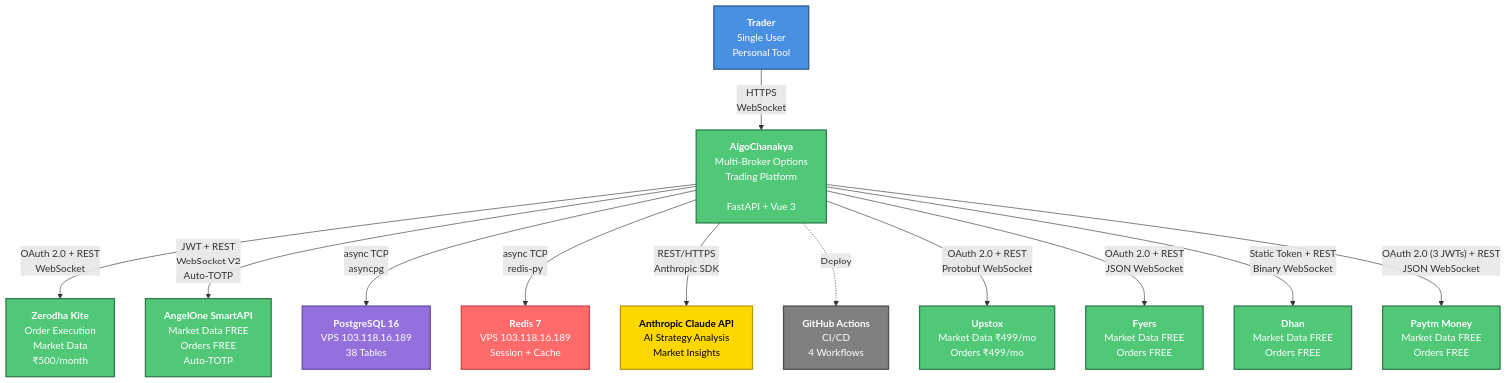
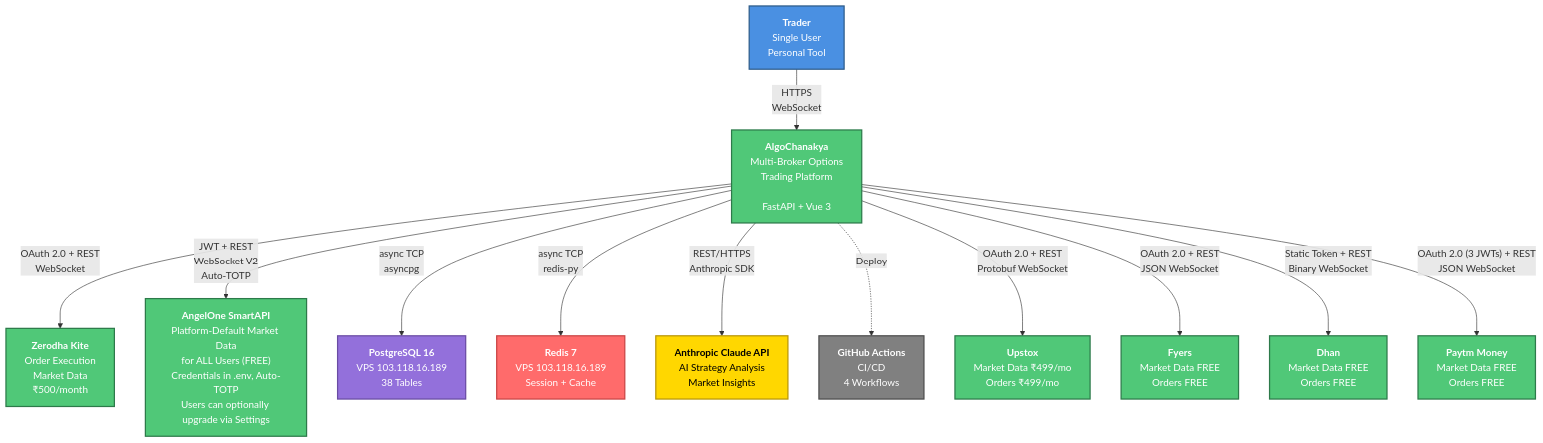
One commit to abhayla/algochanakya changed the diagram in docs/architecture/context-diagram.md. Above: the diagram before and after it, drawn with Mermaid. The commit also changed other lines of this file and 8 other files, not shown here.

First line of the commit message:
docs: update all architecture docs with 3-credential-system clarity

````diff
--- a/docs/architecture/context-diagram.md
+++ b/docs/architecture/context-diagram.md
@@ -11,62 +11,62 @@
 ```mermaid
 flowchart TB
     %% Styling
     classDef user fill:#4A90E2,stroke:#2E5C8A,stroke-width:2px,color:#fff
     classDef system fill:#50C878,stroke:#2D7A4A,stroke-width:2px,color:#fff
     classDef database fill:#9370DB,stroke:#6A4CA3,stroke-width:2px,color:#fff
     classDef cache fill:#FF6B6B,stroke:#C94545,stroke-width:2px,color:#fff
     classDef ai fill:#FFD700,stroke:#B8960A,stroke-width:2px,color:#000
     classDef cicd fill:#808080,stroke:#4D4D4D,stroke-width:2px,color:#fff
 
     %% Core System
     AlgoChanakya["<b>AlgoChanakya</b><br/>Multi-Broker Options<br/>Trading Platform<br/><br/>FastAPI + Vue 3"]
 
     %% Users
     Trader["<b>Trader</b><br/>Single User<br/>Personal Tool"]
 
     %% Production External Systems
     Zerodha["<b>Zerodha Kite</b><br/>Order Execution<br/>Market Data<br/>₹500/month"]
-    SmartAPI["<b>AngelOne SmartAPI</b><br/>Market Data FREE<br/>Orders FREE<br/>Auto-TOTP"]
+    SmartAPI["<b>AngelOne SmartAPI</b><br/>Platform-Default Market Data<br/>for ALL Users (FREE)<br/>Credentials in .env, Auto-TOTP<br/>Users can optionally upgrade via Settings"]
     PostgreSQL["<b>PostgreSQL 16</b><br/>VPS 103.118.16.189<br/>38 Tables"]
     Redis["<b>Redis 7</b><br/>VPS 103.118.16.189<br/>Session + Cache"]
     Claude["<b>Anthropic Claude API</b><br/>AI Strategy Analysis<br/>Market Insights"]
     GitHub["<b>GitHub Actions</b><br/>CI/CD<br/>4 Workflows"]
 
     %% Additional Production Brokers
     Upstox["<b>Upstox</b><br/>Market Data ₹499/mo<br/>Orders ₹499/mo"]
     Fyers["<b>Fyers</b><br/>Market Data FREE<br/>Orders FREE"]
     Dhan["<b>Dhan</b><br/>Market Data FREE<br/>Orders FREE"]
     Paytm["<b>Paytm Money</b><br/>Market Data FREE<br/>Orders FREE"]
 
     %% User Connections
     Trader -->|"HTTPS<br/>WebSocket"| AlgoChanakya
 
     %% Production Broker Connections
     AlgoChanakya -->|"OAuth 2.0 + REST<br/>WebSocket"| Zerodha
     AlgoChanakya -->|"JWT + REST<br/>WebSocket V2<br/>Auto-TOTP"| SmartAPI
 
     %% Database Connections
     AlgoChanakya -->|"async TCP<br/>asyncpg"| PostgreSQL
     AlgoChanakya -->|"async TCP<br/>redis-py"| Redis
 
     %% AI Integration
     AlgoChanakya -->|"REST/HTTPS<br/>Anthropic SDK"| Claude
 
     %% CI/CD
     AlgoChanakya -.->|"Deploy"| GitHub
 
     %% Additional Broker Connections
     AlgoChanakya -->|"OAuth 2.0 + REST<br/>Protobuf WebSocket"| Upstox
     AlgoChanakya -->|"OAuth 2.0 + REST<br/>JSON WebSocket"| Fyers
     AlgoChanakya -->|"Static Token + REST<br/>Binary WebSocket"| Dhan
     AlgoChanakya -->|"OAuth 2.0 (3 JWTs) + REST<br/>JSON WebSocket"| Paytm
 
     %% Apply Styles
     class Trader user
     class AlgoChanakya system
     class Zerodha,SmartAPI,Upstox,Fyers,Dhan,Paytm system
     class PostgreSQL database
     class Redis cache
     class Claude ai
     class GitHub cicd
 ```
````
